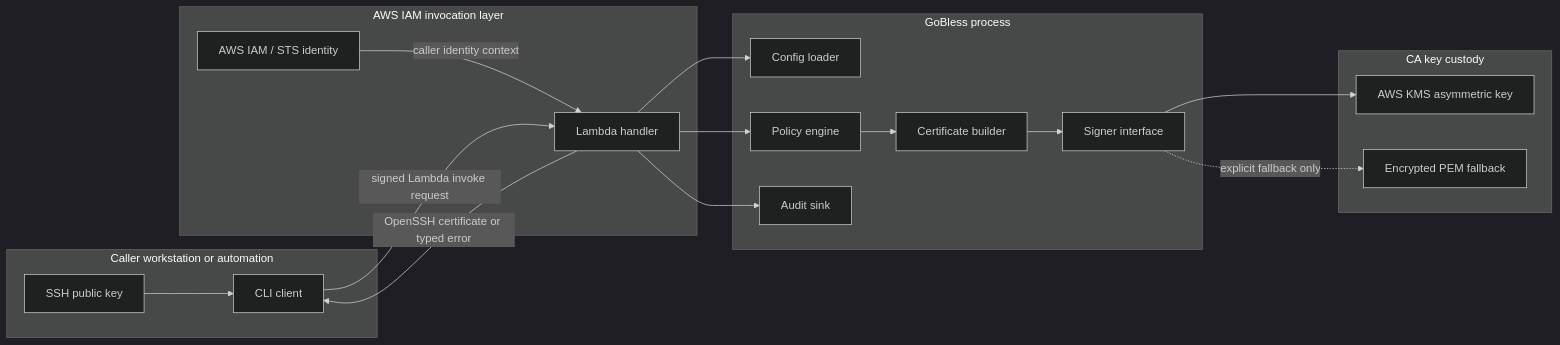
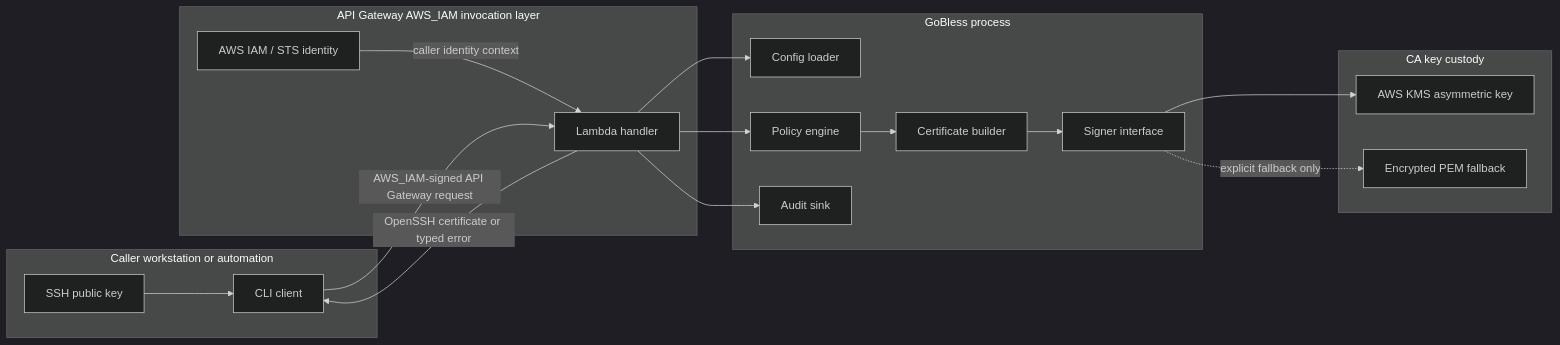
One commit to FtlC-ian/gobless changed the diagram in docs/ARCHITECTURE.md. Above: the diagram before and after it, drawn with Mermaid (dark theme). The commit also changed other lines of this file and 9 other files, not shown here.

First line of the commit message:
docs: clarify trusted Lambda invocation boundary

````diff
--- a/docs/ARCHITECTURE.md
+++ b/docs/ARCHITECTURE.md
@@ -7,37 +7,37 @@
 ```mermaid
 flowchart LR
     subgraph Caller[Caller workstation or automation]
         CLI[CLI client]
         PUB[SSH public key]
     end
 
-    subgraph AWSInvoke[AWS IAM invocation layer]
+    subgraph AWSInvoke[API Gateway AWS_IAM invocation layer]
         IAM[AWS IAM / STS identity]
         LAMBDA[Lambda handler]
     end
 
     subgraph GoBless[GoBless process]
         CFG[Config loader]
         POL[Policy engine]
         CERT[Certificate builder]
         AUDIT[Audit sink]
         SIGN[Signer interface]
     end
 
     subgraph Custody[CA key custody]
         KMS[AWS KMS asymmetric key]
         PEM[Encrypted PEM fallback]
     end
 
-    CLI -->|signed Lambda invoke request| LAMBDA
+    CLI -->|AWS_IAM-signed API Gateway request| LAMBDA
     PUB --> CLI
     IAM -->|caller identity context| LAMBDA
     LAMBDA --> CFG
     LAMBDA --> POL
     POL --> CERT
     CERT --> SIGN
     SIGN --> KMS
     SIGN -. explicit fallback only .-> PEM
     LAMBDA --> AUDIT
     LAMBDA -->|OpenSSH certificate or typed error| CLI
 ```
````
